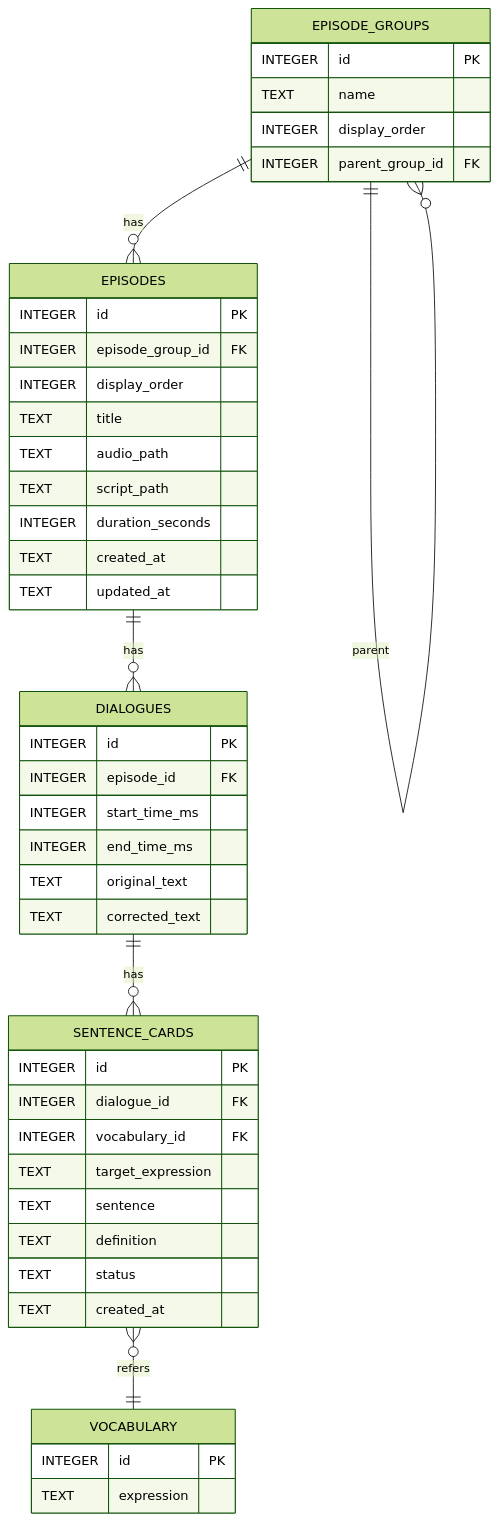
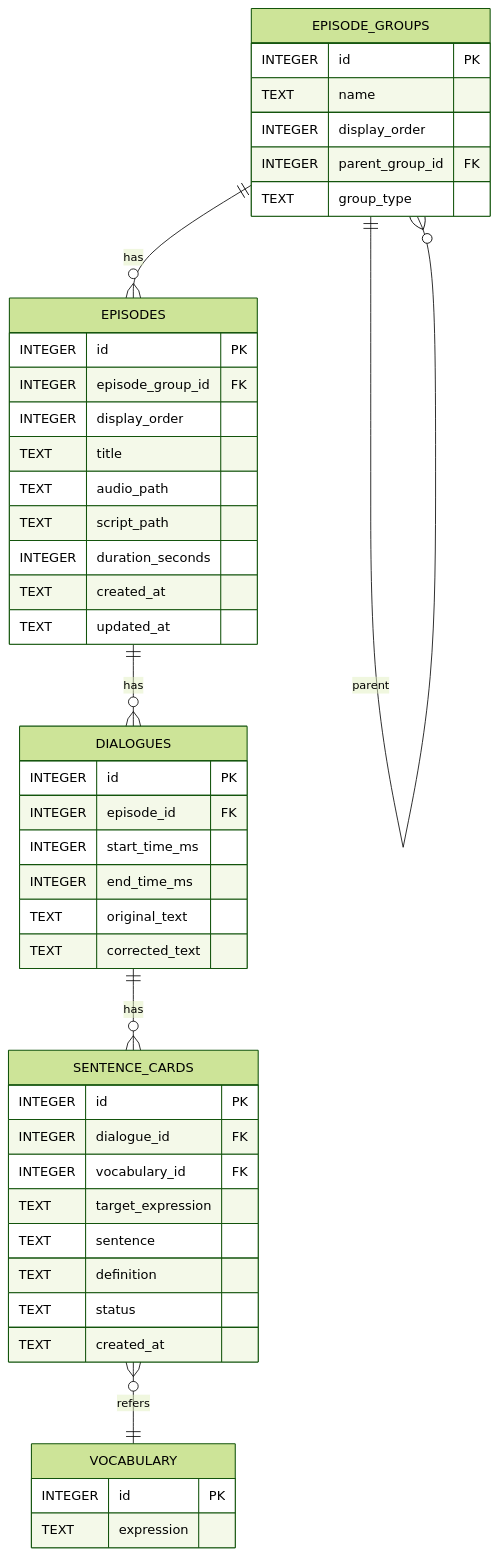
Before and after one commit to k5n/kotonoha: the second of 2 diagrams in doc/technical_specifications.md, drawn with Mermaid (forest theme). The commit also changed other lines of this file and 3 other files, not shown here.

Commit message:
feat: enhance episode group structure with groupType and update UI for group display

````diff
--- a/doc/technical_specifications.md
+++ b/doc/technical_specifications.md
@@ -116,48 +116,49 @@
 ```mermaid
 erDiagram
     EPISODE_GROUPS {
         INTEGER id PK
         TEXT name
         INTEGER display_order
         INTEGER parent_group_id FK
+        TEXT group_type
     }
     EPISODES {
         INTEGER id PK
         INTEGER episode_group_id FK
         INTEGER display_order
         TEXT title
         TEXT audio_path
         TEXT script_path
         INTEGER duration_seconds
         TEXT created_at
         TEXT updated_at
     }
     DIALOGUES {
         INTEGER id PK
         INTEGER episode_id FK
         INTEGER start_time_ms
         INTEGER end_time_ms
         TEXT original_text
         TEXT corrected_text
     }
     SENTENCE_CARDS {
         INTEGER id PK
         INTEGER dialogue_id FK
         INTEGER vocabulary_id FK
         TEXT target_expression
         TEXT sentence
         TEXT definition
         TEXT status
         TEXT created_at
     }
     VOCABULARY {
         INTEGER id PK
         TEXT expression
     }
 
     EPISODE_GROUPS ||--o{ EPISODE_GROUPS : "parent"
     EPISODE_GROUPS ||--o{ EPISODES : "has"
     EPISODES ||--o{ DIALOGUES : "has"
     DIALOGUES ||--o{ SENTENCE_CARDS : "has"
     SENTENCE_CARDS }o--|| VOCABULARY : "refers"
 ```
````
